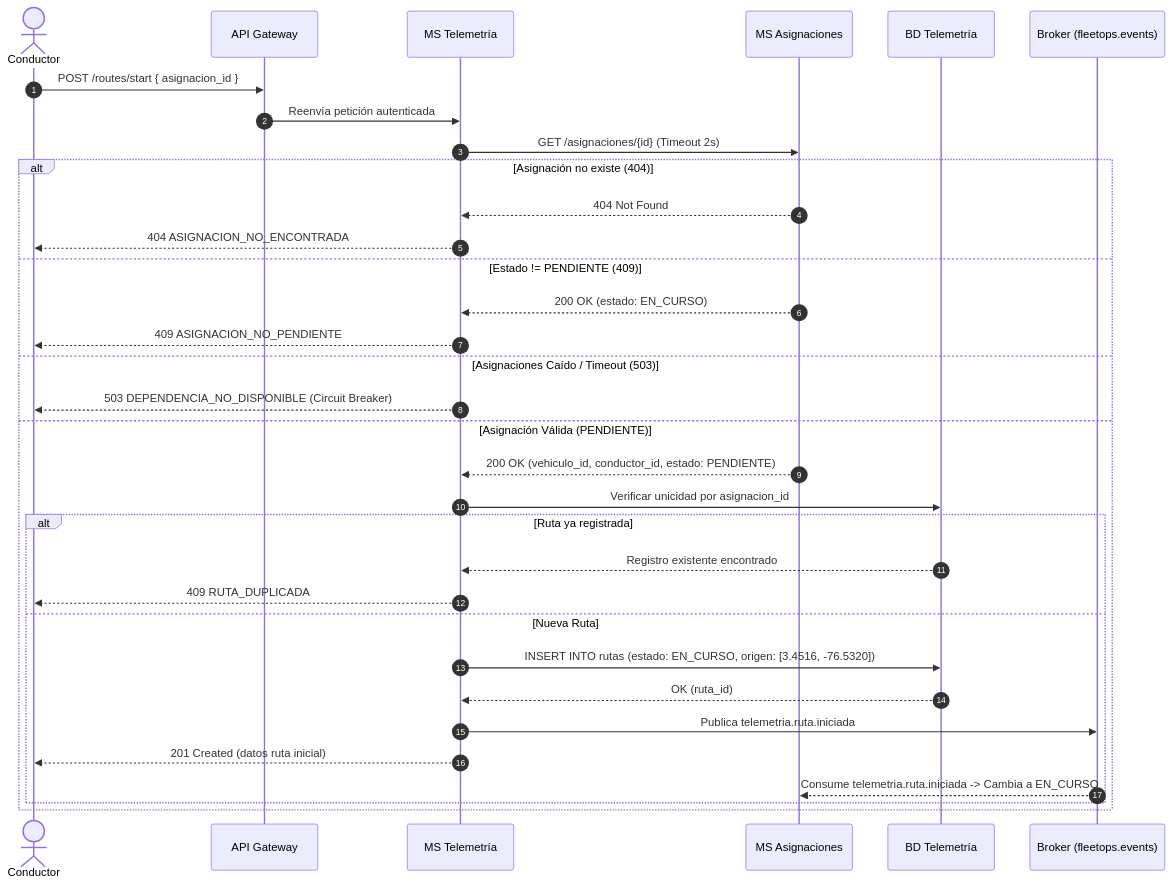
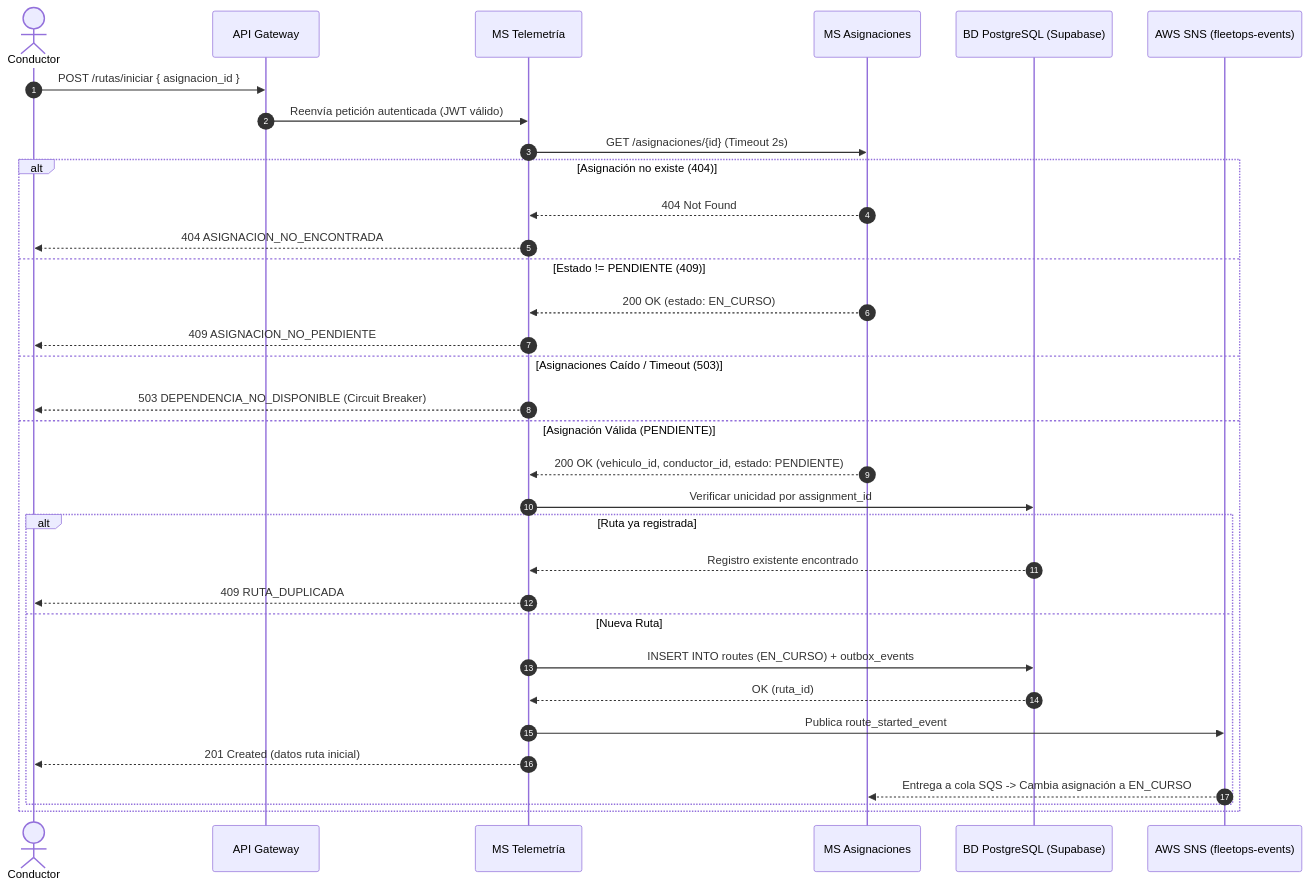
The second of 2 diagrams in docs/01_contexto_y_negocio.md (FleetOpsProyect/grupo_06_Telemetria), drawn with Mermaid before and after one commit. The commit also changed other lines of this file and 10 other files, not shown here.

Commit message:
docs: add business context, backlog, architecture, and guides

````diff
--- a/docs/01_contexto_y_negocio.md
+++ b/docs/01_contexto_y_negocio.md
@@ -122,36 +173,36 @@
 ```mermaid
 sequenceDiagram
     autonumber
     actor Conductor
     participant GW as API Gateway
     participant Telemetria as MS Telemetría
     participant Asignaciones as MS Asignaciones
-    participant BD as BD Telemetría
-    participant RabbitMQ as Broker (fleetops.events)
+    participant BD as BD PostgreSQL (Supabase)
+    participant SNS as AWS SNS (fleetops-events)
 
-    Conductor->>GW: POST /routes/start { asignacion_id }
-    GW->>Telemetria: Reenvía petición autenticada
+    Conductor->>GW: POST /rutas/iniciar { asignacion_id }
+    GW->>Telemetria: Reenvía petición autenticada (JWT válido)
     Telemetria->>Asignaciones: GET /asignaciones/{id} (Timeout 2s)
     alt Asignación no existe (404)
         Asignaciones-->>Telemetria: 404 Not Found
         Telemetria-->>Conductor: 404 ASIGNACION_NO_ENCONTRADA
     else Estado != PENDIENTE (409)
         Asignaciones-->>Telemetria: 200 OK (estado: EN_CURSO)
         Telemetria-->>Conductor: 409 ASIGNACION_NO_PENDIENTE
     else Asignaciones Caído / Timeout (503)
         Telemetria-->>Conductor: 503 DEPENDENCIA_NO_DISPONIBLE (Circuit Breaker)
     else Asignación Válida (PENDIENTE)
         Asignaciones-->>Telemetria: 200 OK (vehiculo_id, conductor_id, estado: PENDIENTE)
-        Telemetria->>BD: Verificar unicidad por asignacion_id
+        Telemetria->>BD: Verificar unicidad por assignment_id
         alt Ruta ya registrada
             BD-->>Telemetria: Registro existente encontrado
             Telemetria-->>Conductor: 409 RUTA_DUPLICADA
         else Nueva Ruta
-            Telemetria->>BD: INSERT INTO rutas (estado: EN_CURSO, origen: [3.4516, -76.5320])
+            Telemetria->>BD: INSERT INTO routes (EN_CURSO) + outbox_events
             BD-->>Telemetria: OK (ruta_id)
-            Telemetria->>RabbitMQ: Publica telemetria.ruta.iniciada
+            Telemetria->>SNS: Publica route_started_event
             Telemetria-->>Conductor: 201 Created (datos ruta inicial)
-            RabbitMQ-->>Asignaciones: Consume telemetria.ruta.iniciada -> Cambia a EN_CURSO
+            SNS-->>Asignaciones: Entrega a cola SQS -> Cambia asignación a EN_CURSO
         end
     end
 ```
````
